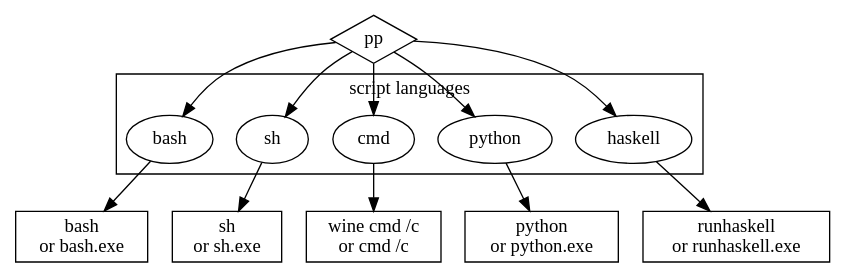
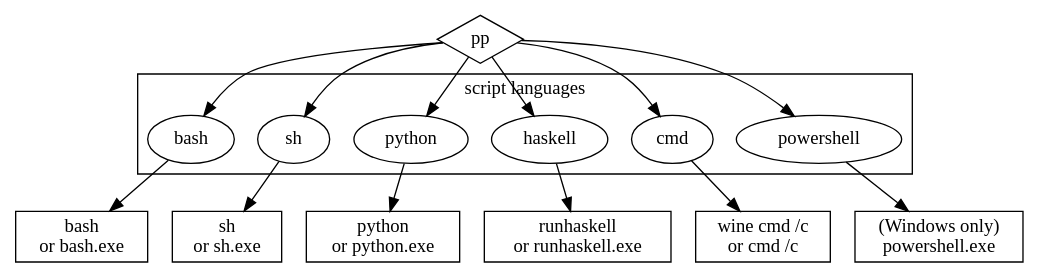
One commit to CDSoft/pp changed the diagram in doc/img/pp-scripts.gv. Above: the diagram before and after it, drawn with Graphviz. The commit also changed 6 other files, not shown here.

Commit message:
powershell support (windows only)

```diff
--- a/doc/img/pp-scripts.gv
+++ b/doc/img/pp-scripts.gv
@@ -1,24 +1,26 @@
 
 
 digraph {
 
     subgraph cluster_cmd {
         label = "script languages"
-        bash sh cmd python haskell
+        bash sh python haskell cmd powershell
     }
 
     PP [shape=diamond label="pp"]
     bash sh cmd python haskell
     Bash [shape=box label="bash\nor bash.exe"]
     Sh [shape=box label="sh\nor sh.exe"]
-    Cmd [shape=box label="wine cmd /c\nor cmd /c"]
     Python [shape=box label="python\nor python.exe"]
     Haskell [shape=box label="runhaskell\nor runhaskell.exe"]
+    Cmd [shape=box label="wine cmd /c\nor cmd /c"]
+    PowerShell [shape=box label="(Windows only)\npowershell.exe"]
 
-    PP -> {bash sh cmd python haskell}
+    PP -> {bash sh python haskell cmd powershell}
     bash -> Bash
     sh -> Sh
-    cmd -> Cmd
     python -> Python
     haskell -> Haskell
+    cmd -> Cmd
+    powershell -> PowerShell
 }
```
